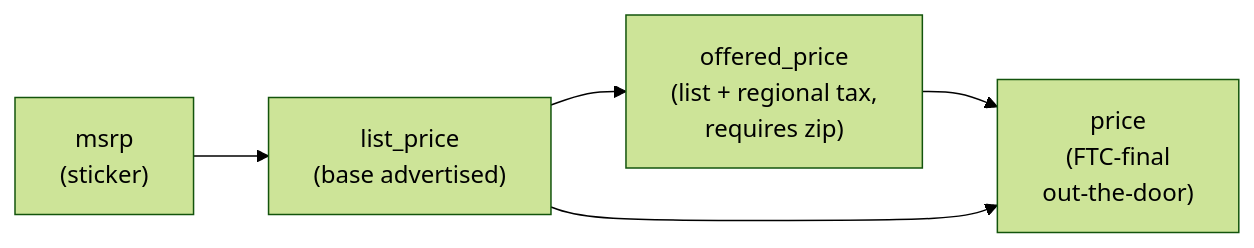
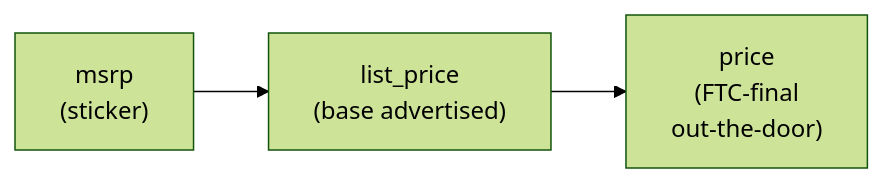
The diagram in docs/pricing-and-ftc.md (auto-agent-protocol/auto-agent-protocol), drawn with Mermaid (forest theme) before and after one commit. The commit also changed other lines of this file and 109 other files, not shown here.

````diff
--- a/docs/pricing-and-ftc.md
+++ b/docs/pricing-and-ftc.md
@@ -45,7 +44,5 @@
 ```mermaid
 flowchart LR
   msrp["msrp<br/>(sticker)"] --> list["list_price<br/>(base advertised)"]
-  list --> offered["offered_price<br/>(list + regional tax,<br/>requires zip)"]
-  offered --> price["price<br/>(FTC-final<br/>out-the-door)"]
-  list --> price
+  list --> price["price<br/>(FTC-final<br/>out-the-door)"]
 ```
````
